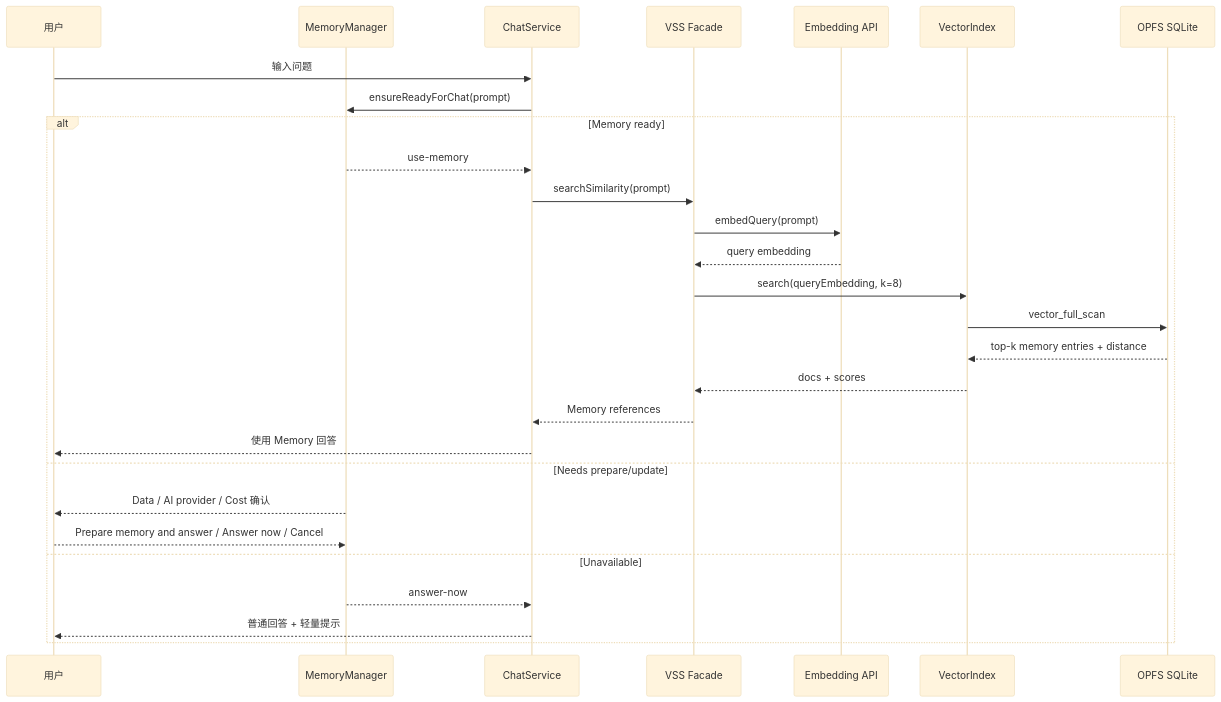
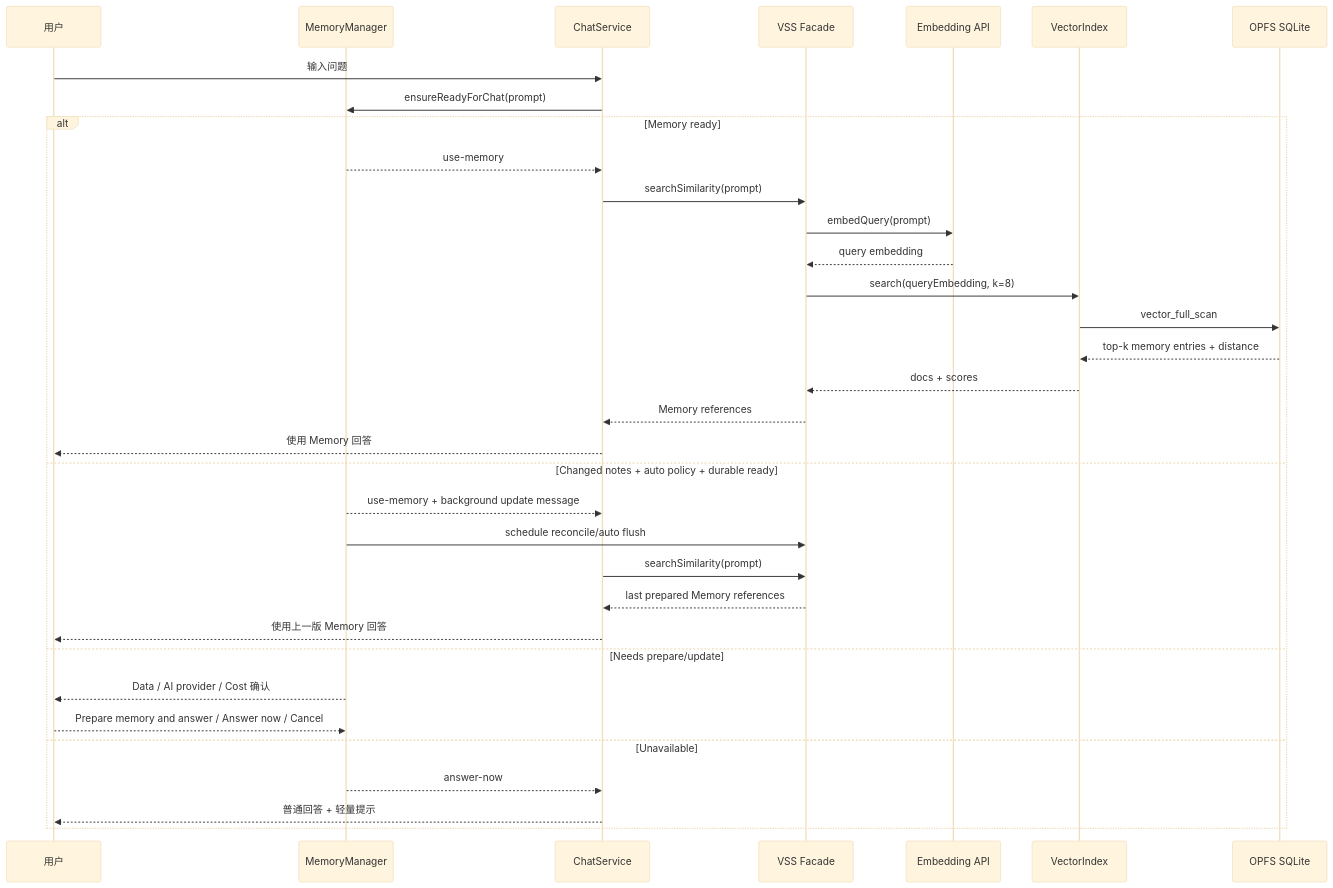
One commit to edonyzpc/personal-assistant changed the fourth of 5 diagrams in docs/vss-sqlite-wasm-architecture.md. Above: the diagram before and after it, drawn with Mermaid (base theme). The commit also changed other lines of this file and 7 other files, not shown here.

Commit message:
docs(memory): document background maintenance

````diff
--- a/docs/vss-sqlite-wasm-architecture.md
+++ b/docs/vss-sqlite-wasm-architecture.md
@@ -360,31 +391,37 @@
 ```mermaid
 sequenceDiagram
   participant U as 用户
   participant M as MemoryManager
   participant C as ChatService
   participant V as VSS Facade
   participant E as Embedding API
   participant I as VectorIndex
   participant DB as OPFS SQLite
 
   U->>C: 输入问题
   C->>M: ensureReadyForChat(prompt)
   alt Memory ready
     M-->>C: use-memory
     C->>V: searchSimilarity(prompt)
     V->>E: embedQuery(prompt)
     E-->>V: query embedding
     V->>I: search(queryEmbedding, k=8)
     I->>DB: vector_full_scan
     DB-->>I: top-k memory entries + distance
     I-->>V: docs + scores
     V-->>C: Memory references
     C-->>U: 使用 Memory 回答
+  else Changed notes + auto policy + durable ready
+    M-->>C: use-memory + background update message
+    M->>V: schedule reconcile/auto flush
+    C->>V: searchSimilarity(prompt)
+    V-->>C: last prepared Memory references
+    C-->>U: 使用上一版 Memory 回答
   else Needs prepare/update
     M-->>U: Data / AI provider / Cost 确认
     U-->>M: Prepare memory and answer / Answer now / Cancel
   else Unavailable
     M-->>C: answer-now
     C-->>U: 普通回答 + 轻量提示
   end
 ```
````
